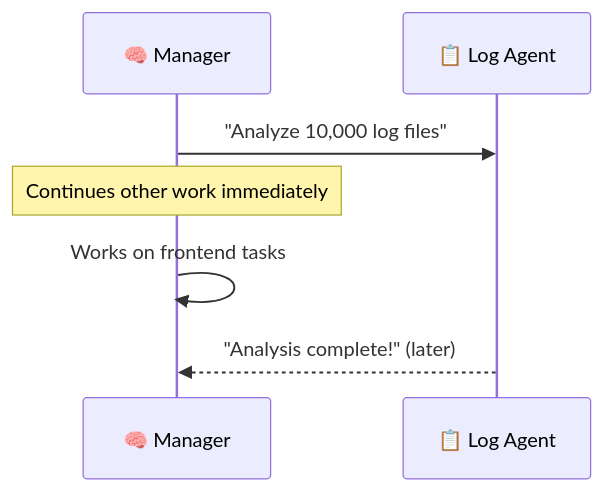
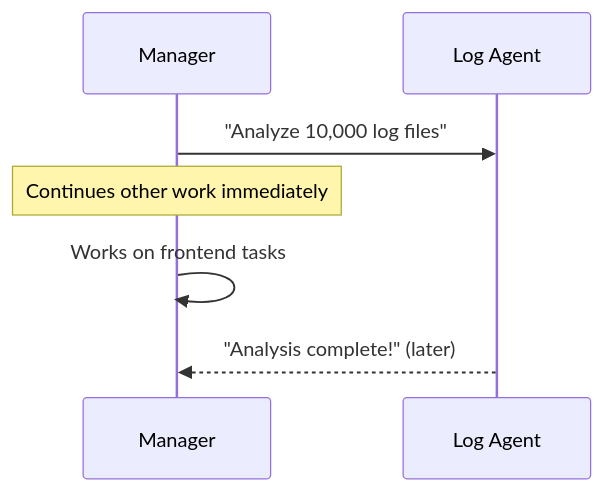
One commit to Sujalkathait/-AI-Agent-Security-Playbook. changed diagram 18 of 53 in AI Agent Communication.md. Above: the diagram before and after it, drawn with Mermaid. The commit also changed other lines of this file and 2 other files, not shown here.

````diff
--- a/AI Agent Communication.md
+++ b/AI Agent Communication.md
@@ -544,10 +544,10 @@
 ```mermaid
 sequenceDiagram
-    participant Manager as 🧠 Manager
-    participant Logger as 📋 Log Agent
+  participant Manager as Manager
+  participant Logger as Log Agent
 
-    Manager->>Logger: "Analyze 10,000 log files"
-    Note over Manager: Continues other work immediately
-    Manager->>Manager: Works on frontend tasks
-    Logger-->>Manager: "Analysis complete!" (later)
+  Manager->>Logger: "Analyze 10,000 log files"
+  Note over Manager: Continues other work immediately
+  Manager->>Manager: Works on frontend tasks
+  Logger-->>Manager: "Analysis complete!" (later)
 ```
````
